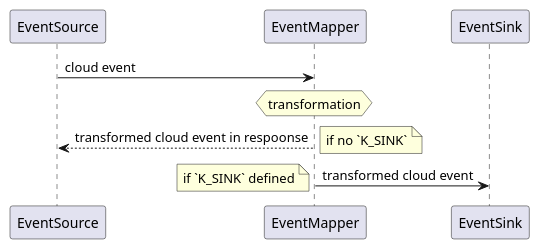
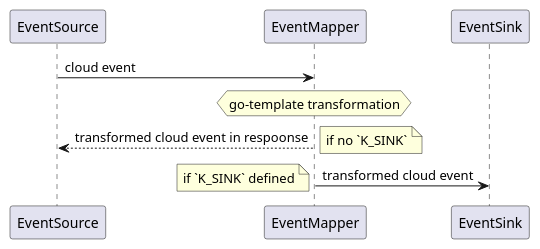
Before and after one commit to alitari/ce-go-template: the second of 2 diagrams in README.md, drawn with PlantUML. The commit also changed other lines of this file, not shown here.

````diff
--- a/README.md
+++ b/README.md
@@ -33,10 +46,10 @@
 ```plantuml
 @startuml
 EventSource -> EventMapper: cloud event
-hnote over EventMapper : transformation
+hnote over EventMapper : go-template transformation
 EventMapper --> EventSource: transformed cloud event in respoonse
 note right: if no `K_SINK`
 EventMapper -> EventSink: transformed cloud event
 note left: if `K_SINK` defined
 @enduml
 ```
````
